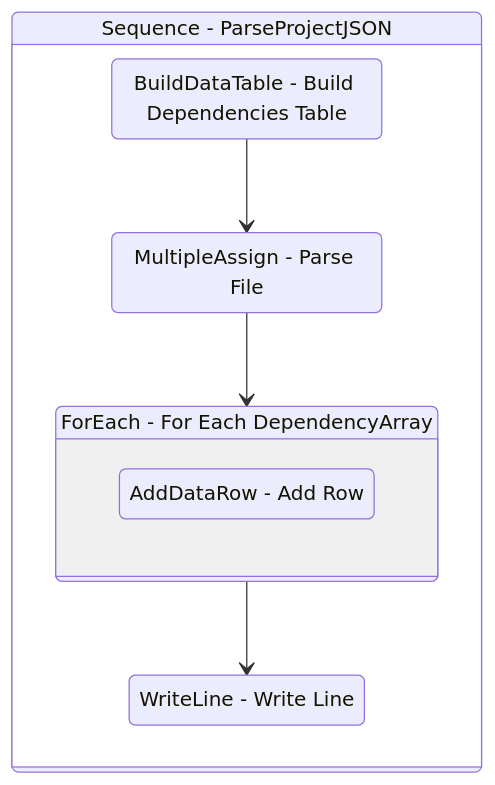
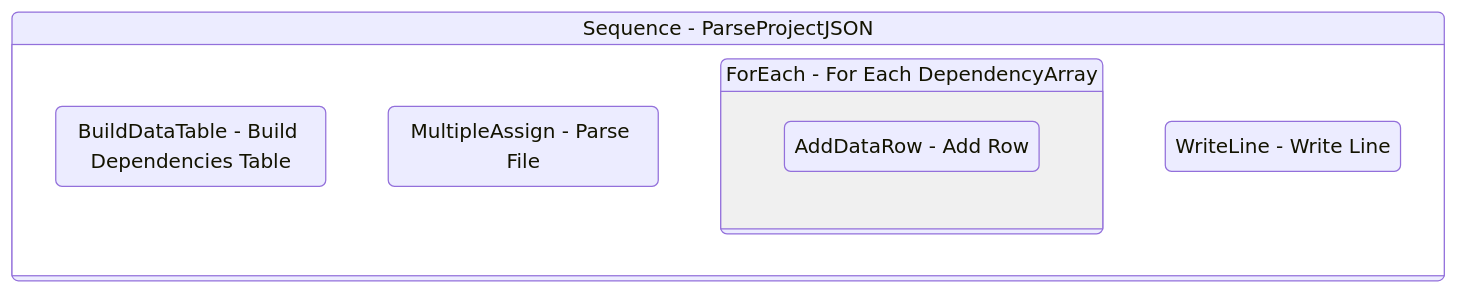
The diagram in Documentation/AutoDocs/ParseProjectJSON.md (yashbrahmbhatt/LazyFramework), drawn with Mermaid before and after one commit. The commit also changed 72 other files, not shown here.

````diff
--- a/Documentation/AutoDocs/ParseProjectJSON.md
+++ b/Documentation/AutoDocs/ParseProjectJSON.md
@@ -156,20 +156,18 @@
 ```mermaid
 stateDiagram-v2
 
 
 Sequence_1: Sequence - ParseProjectJSON
 state Sequence_1 {
 direction TB
 BuildDataTable_2 : BuildDataTable - Build Dependencies Table
 MultipleAssign_1 : MultipleAssign - Parse File
-BuildDataTable_2 --> MultipleAssign_1
-MultipleAssign_1 --> ForEach1_1
+
 ForEach1_1: ForEach - For Each DependencyArray
 state ForEach1_1 {
 direction TB
 AddDataRow_2 : AddDataRow - Add Row
 }
 WriteLine_1 : WriteLine - Write Line
-ForEach1_1 --> WriteLine_1
 }
 ```
````
